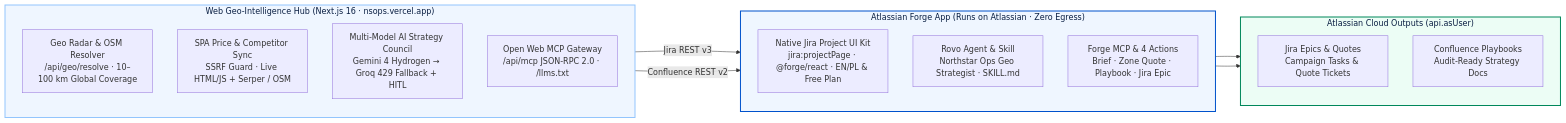
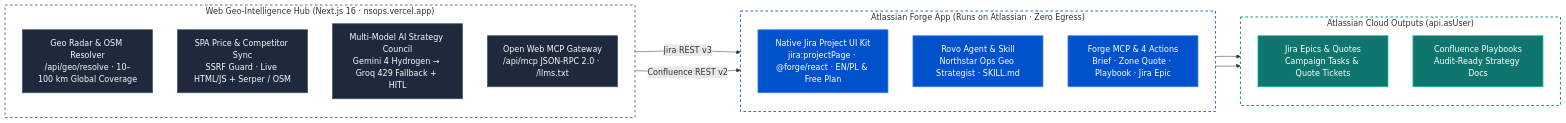
Before and after one commit to AdamBabinicz/radom-geo-intelligence: the diagram in README.md, drawn with Mermaid. The commit also changed other lines of this file and 2 other files, not shown here.

Commit message:
fix(forge): polish UI Kit layout, quiet refresh, and space fallback; update README for v3.6.0

````diff
--- a/README.md
+++ b/README.md
@@ -33,32 +33,40 @@
 ```mermaid
 flowchart LR
   subgraph WEB["Web Geo-Intelligence Hub (Next.js 16 · nsops.vercel.app)"]
     direction TB
     W1["Geo Radar & OSM Resolver<br/>/api/geo/resolve · 10–100 km Global Coverage"]
     W2["SPA Price & Competitor Sync<br/>SSRF Guard · Live HTML/JS + Serper / OSM"]
     W3["Multi-Model AI Strategy Council<br/>Gemini 4 Hydrogen → Groq 429 Fallback + HITL"]
     W4["Open Web MCP Gateway<br/>/api/mcp JSON-RPC 2.0 · /llms.txt"]
   end
 
   subgraph FORGE["Atlassian Forge App (Runs on Atlassian · Zero Egress)"]
     direction TB
     F1["Native Jira Project UI Kit<br/>jira:projectPage · @forge/react · EN/PL & Free Plan"]
     F2["Rovo Agent & Skill<br/>Northstar Ops Geo Strategist · SKILL.md"]
     F3["Forge MCP & 4 Actions<br/>Brief · Zone Quote · Playbook · Jira Epic"]
   end
 
   subgraph OUT["Atlassian Cloud Outputs (api.asUser)"]
     direction TB
     O1["Jira Epics & Quotes<br/>Campaign Tasks & Quote Tickets"]
     O2["Confluence Playbooks<br/>Audit-Ready Strategy Docs"]
   end
 
   WEB -->|"Jira REST v3"| FORGE
   WEB -->|"Confluence REST v2"| FORGE
   FORGE --> O1
   FORGE --> O2
 
-  style WEB fill:#eff6ff,stroke:#93c5fd,stroke-width:2px,color:#091e42
-  style FORGE fill:#eff6ff,stroke:#0052cc,stroke-width:2px,color:#091e42
-  style OUT fill:#ecfdf5,stroke:#00875a,stroke-width:2px,color:#091e42
+  style WEB fill:transparent,stroke:#64748b,stroke-width:2px,stroke-dasharray: 5 5
+  style FORGE fill:transparent,stroke:#2563eb,stroke-width:2px,stroke-dasharray: 5 5
+  style OUT fill:transparent,stroke:#0d9488,stroke-width:2px,stroke-dasharray: 5 5
+
+  classDef webNode fill:#1e293b,stroke:#475569,stroke-width:1.5px,color:#f8fafc
+  classDef forgeNode fill:#0052cc,stroke:#3b82f6,stroke-width:1.5px,color:#ffffff
+  classDef outNode fill:#0f766e,stroke:#14b8a6,stroke-width:1.5px,color:#ffffff
+
+  class W1,W2,W3,W4 webNode
+  class F1,F2,F3 forgeNode
+  class O1,O2 outNode
 ```
````
